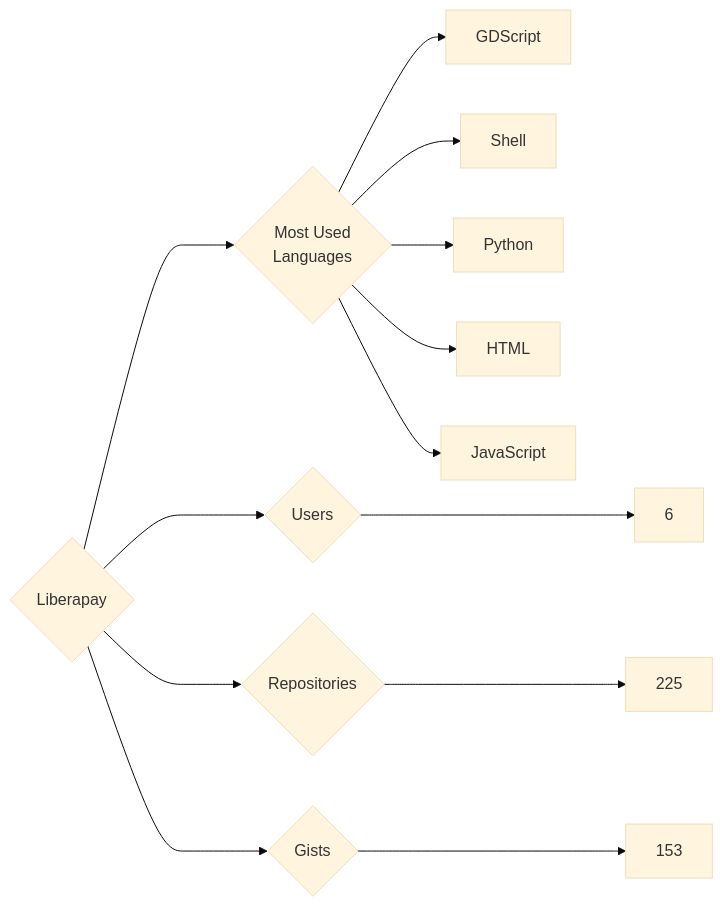
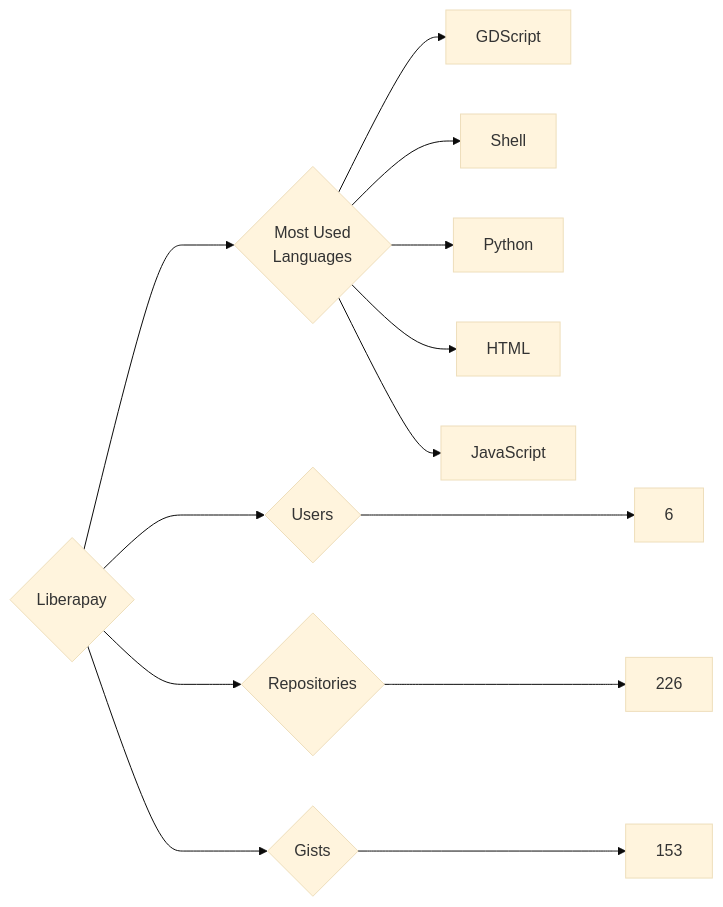
Before and after one commit to trickest/insiders: the diagram in targets/Liberapay/README.md, drawn with Mermaid (base theme). The commit also changed 1696 other files, not shown here.

````diff
--- a/targets/Liberapay/README.md
+++ b/targets/Liberapay/README.md
@@ -3,13 +3,13 @@
 ```mermaid
 graph LR
 COMPANY_NAME{Liberapay}
 COMPANY_NAME ---> U{Users} ---> UN[6]
-COMPANY_NAME ---> R{Repositories} ---> RN[225]
+COMPANY_NAME ---> R{Repositories} ---> RN[226]
 COMPANY_NAME ---> G{Gists} ---> GN[153]
 COMPANY_NAME ---> ML{Most Used<br>Languages}
 ML --> GDScript[GDScript]
 ML --> Shell[Shell]
 ML --> Python[Python]
 ML --> HTML[HTML]
 ML --> JavaScript[JavaScript]
 ```
````
